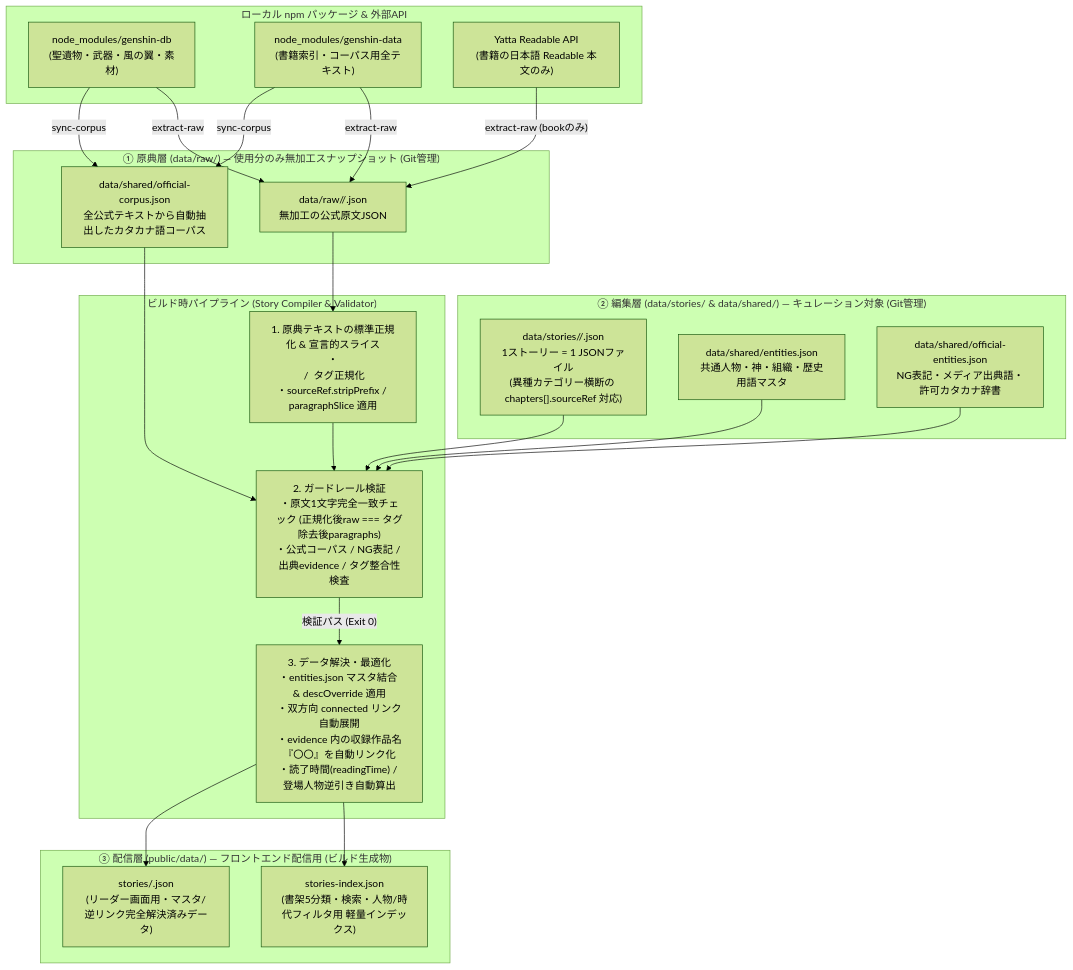
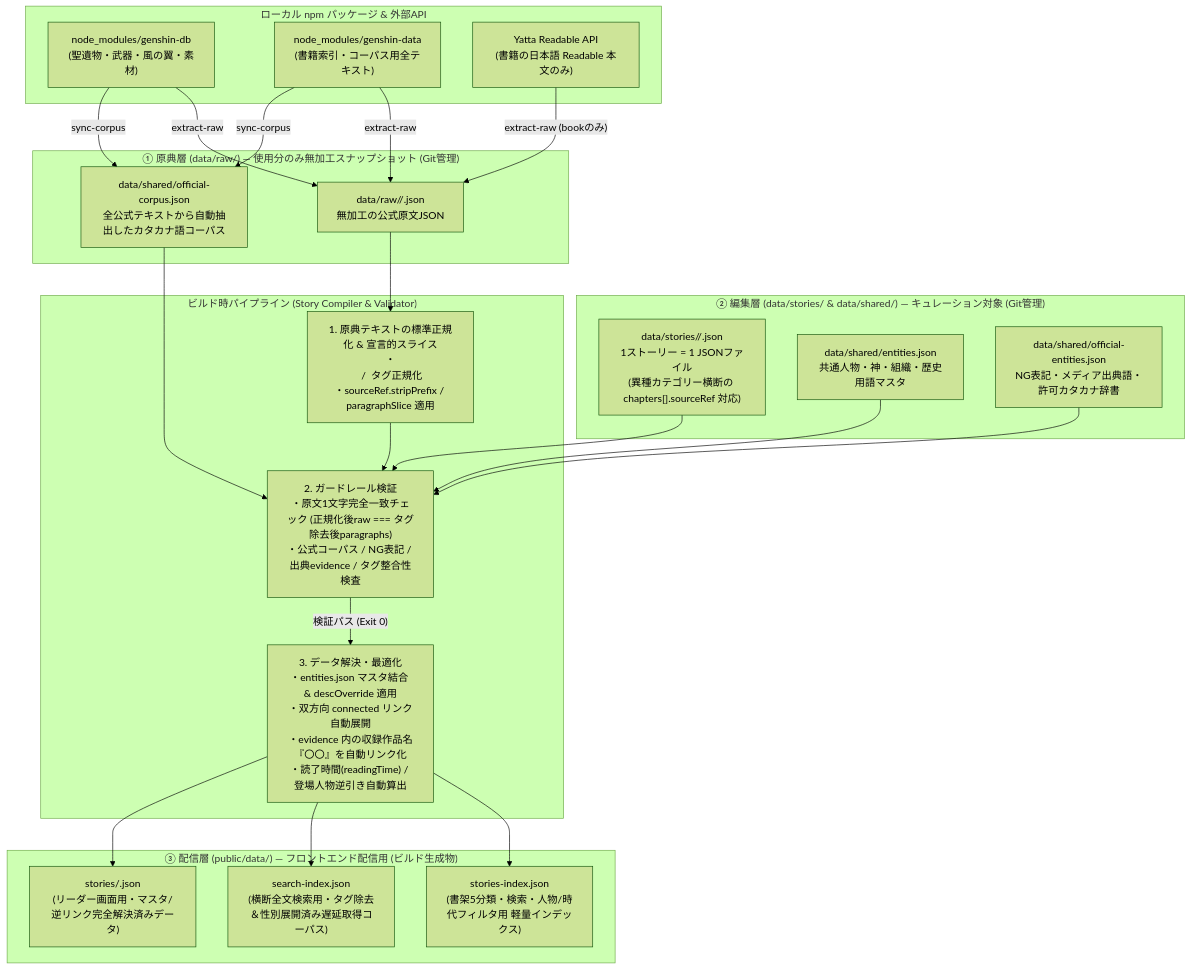
One commit to zyanpoyo/TeyvatLibrary changed the first of 2 diagrams in docs/architecture/DATA_ARCHITECTURE.md. Above: the diagram before and after it, drawn with Mermaid (forest theme). The commit also changed other lines of this file and 37 other files, not shown here.

````diff
--- a/docs/architecture/DATA_ARCHITECTURE.md
+++ b/docs/architecture/DATA_ARCHITECTURE.md
@@ -50,45 +50,47 @@
 ```mermaid
 flowchart TD
     subgraph Sources["ローカル npm パッケージ & 外部API"]
         GDB["node_modules/genshin-db<br/>(聖遺物・武器・風の翼・素材)"]
         GDATA["node_modules/genshin-data<br/>(書籍索引・コーパス用全テキスト)"]
         YATTA["Yatta Readable API<br/>(書籍の日本語 Readable 本文のみ)"]
     end
 
     subgraph Layer1["① 原典層 (data/raw/) — 使用分のみ無加工スナップショット (Git管理)"]
         RAW["data/raw/<sourceType>/<rawId>.json<br/>無加工の公式原文JSON"]
         CORPUS["data/shared/official-corpus.json<br/>全公式テキストから自動抽出したカタカナ語コーパス"]
     end
 
     subgraph Layer2["② 編集層 (data/stories/ & data/shared/) — キュレーション対象 (Git管理)"]
         STORY["data/stories/<shelfCategory>/<id>.json<br/>1ストーリー = 1 JSONファイル<br/>(異種カテゴリー横断の chapters[].sourceRef 対応)"]
         ENT["data/shared/entities.json<br/>共通人物・神・組織・歴史用語マスタ"]
         DICT["data/shared/official-entities.json<br/>NG表記・メディア出典語・許可カタカナ辞書"]
     end
 
     subgraph Compiler["ビルド時パイプライン (Story Compiler & Validator)"]
         CLEAN["1. 原典テキストの標準正規化 & 宣言的スライス<br/>・<br/> / <color> タグ正規化<br/>・sourceRef.stripPrefix / paragraphSlice 適用"]
         VAL["2. ガードレール検証<br/>・原文1文字完全一致チェック (正規化後raw === タグ除去後paragraphs)<br/>・公式コーパス / NG表記 / 出典evidence / タグ整合性検査"]
         BUILD["3. データ解決・最適化<br/>・entities.json マスタ結合 & descOverride 適用<br/>・双方向 connected リンク自動展開<br/>・evidence 内の収録作品名『〇〇』を自動リンク化<br/>・読了時間(readingTime) / 登場人物逆引き自動算出"]
     end
 
     subgraph Layer3["③ 配信層 (public/data/) — フロントエンド配信用 (ビルド生成物)"]
         INDEX["stories-index.json<br/>(書架5分類・検索・人物/時代フィルタ用 軽量インデックス)"]
+        SEARCH["search-index.json<br/>(横断全文検索用・タグ除去＆性別展開済み遅延取得コーパス)"]
         DETAIL["stories/<id>.json<br/>(リーダー画面用・マスタ/逆リンク完全解決済みデータ)"]
     end
 
     GDB -->|"extract-raw"| RAW
     GDATA -->|"extract-raw"| RAW
     YATTA -->|"extract-raw (bookのみ)"| RAW
     GDB -->|"sync-corpus"| CORPUS
     GDATA -->|"sync-corpus"| CORPUS
     RAW --> CLEAN
     CLEAN --> VAL
     STORY --> VAL
     ENT --> VAL
     DICT --> VAL
     CORPUS --> VAL
     VAL -->|"検証パス (Exit 0)"| BUILD
     BUILD --> INDEX
+    BUILD --> SEARCH
     BUILD --> DETAIL
 ```
````
